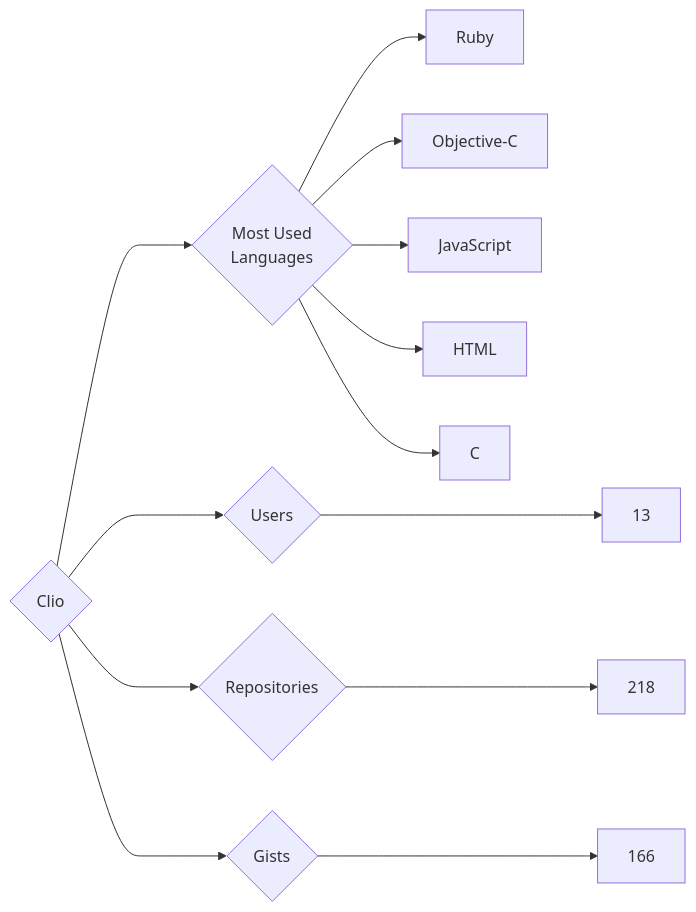
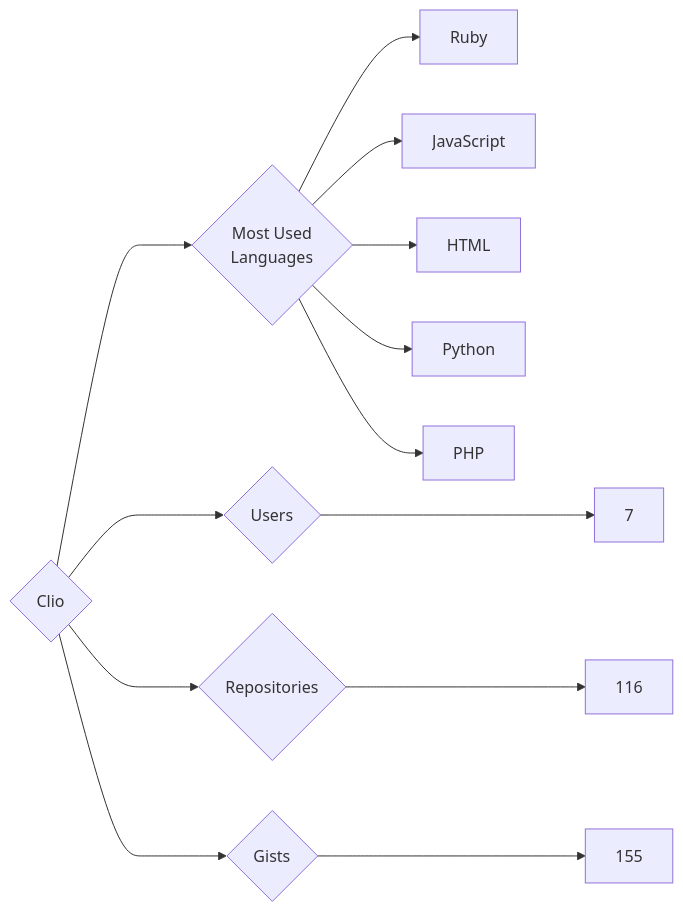
Before and after one commit to trickest/insiders: the diagram in targets/Clio/README.md, drawn with Mermaid. The commit also changed 681 other files, not shown here.

````diff
--- a/targets/Clio/README.md
+++ b/targets/Clio/README.md
@@ -3,13 +3,13 @@
 ```mermaid
 graph LR
 COMPANY_NAME{Clio}
-COMPANY_NAME ---> U{Users} ---> UN[13]
-COMPANY_NAME ---> R{Repositories} ---> RN[218]
-COMPANY_NAME ---> G{Gists} ---> GN[166]
+COMPANY_NAME ---> U{Users} ---> UN[7]
+COMPANY_NAME ---> R{Repositories} ---> RN[116]
+COMPANY_NAME ---> G{Gists} ---> GN[155]
 COMPANY_NAME ---> ML{Most Used<br>Languages}
 ML --> Ruby[Ruby]
-ML --> Objective-C[Objective-C]
 ML --> JavaScript[JavaScript]
 ML --> HTML[HTML]
-ML --> C[C]
+ML --> Python[Python]
+ML --> PHP[PHP]
 ```
````
